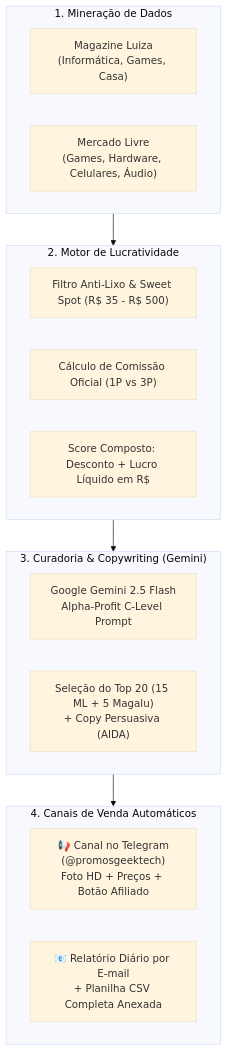
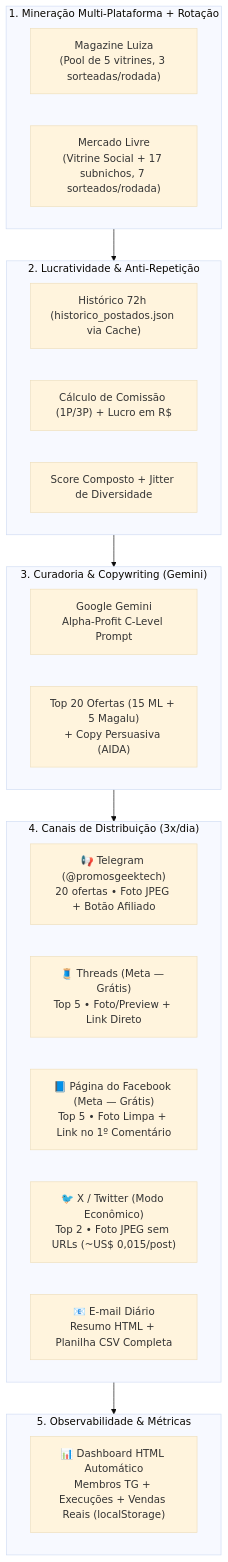
One commit to rdsmelobsb/bot_afiliados_magalu changed the diagram in README.md. Above: the diagram before and after it, drawn with Mermaid (base theme). The commit also changed other lines of this file, not shown here.

Commit message:
docs: atualizar README.md com arquitetura multi-canal, Threads, Facebook, X e Dashboard HTML

````diff
--- a/README.md
+++ b/README.md
@@ -12,27 +12,35 @@
 ```mermaid
 flowchart TD
-    subgraph Coleta ["1. Mineração de Dados"]
-        M1["Magazine Luiza<br/>(Informática, Games, Casa)"]
-        M2["Mercado Livre<br/>(Games, Hardware, Celulares, Áudio)"]
+    subgraph Coleta ["1. Mineração Multi-Plataforma + Rotação"]
+        M1["Magazine Luiza<br/>(Pool de 5 vitrines, 3 sorteadas/rodada)"]
+        M2["Mercado Livre<br/>(Vitrine Social + 17 subnichos, 7 sorteados/rodada)"]
     end
 
-    subgraph Inteligencia ["2. Motor de Lucratividade"]
-        F1["Filtro Anti-Lixo & Sweet Spot (R$ 35 - R$ 500)"]
-        F2["Cálculo de Comissão Oficial (1P vs 3P)"]
-        F3["Score Composto: Desconto + Lucro Líquido em R$"]
+    subgraph Inteligencia ["2. Lucratividade & Anti-Repetição"]
+        F1["Histórico 72h (historico_postados.json via Cache)"]
+        F2["Cálculo de Comissão (1P/3P) + Lucro em R$"]
+        F3["Score Composto + Jitter de Diversidade"]
     end
 
     subgraph EstrategiaIA ["3. Curadoria & Copywriting (Gemini)"]
-        IA["Google Gemini 2.5 Flash<br/>Alpha-Profit C-Level Prompt"]
-        COPY["Seleção do Top 20 (15 ML + 5 Magalu)<br/>+ Copy Persuasiva (AIDA)"]
+        IA["Google Gemini<br/>Alpha-Profit C-Level Prompt"]
+        COPY["Top 20 Ofertas (15 ML + 5 Magalu)<br/>+ Copy Persuasiva (AIDA)"]
     end
 
-    subgraph Distribuicao ["4. Canais de Venda Automáticos"]
-        TG["📢 Canal no Telegram<br/>(@promosgeektech)<br/>Foto HD + Preços + Botão Afiliado"]
-        EMAIL["📧 Relatório Diário por E-mail<br/>+ Planilha CSV Completa Anexada"]
+    subgraph Distribuicao ["4. Canais de Distribuição (3x/dia)"]
+        TG["📢 Telegram (@promosgeektech)<br/>20 ofertas • Foto JPEG + Botão Afiliado"]
+        TH["🧵 Threads (Meta — Grátis)<br/>Top 5 • Foto/Preview + Link Direto"]
+        FB["📘 Página do Facebook (Meta — Grátis)<br/>Top 5 • Foto Limpa + Link no 1º Comentário"]
+        TW["🐦 X / Twitter (Modo Econômico)<br/>Top 2 • Foto JPEG sem URLs (~US$ 0,015/post)"]
+        EMAIL["📧 E-mail Diário<br/>Resumo HTML + Planilha CSV Completa"]
+    end
+
+    subgraph Tracking ["5. Observabilidade & Métricas"]
+        DASH["📊 Dashboard HTML Automático<br/>Membros TG + Execuções + Vendas Reais (localStorage)"]
     end
 
     Coleta --> Inteligencia
     Inteligencia --> EstrategiaIA
     EstrategiaIA --> Distribuicao
+    Distribuicao --> Tracking
 ```
````
